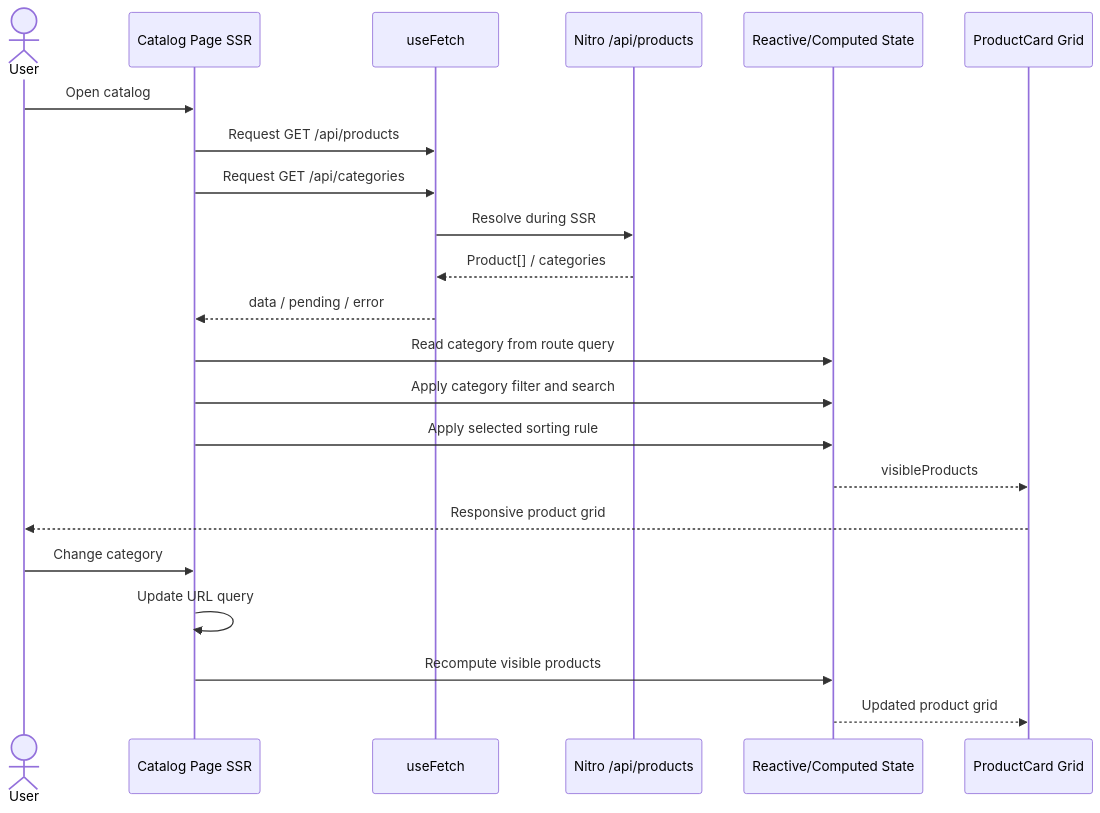
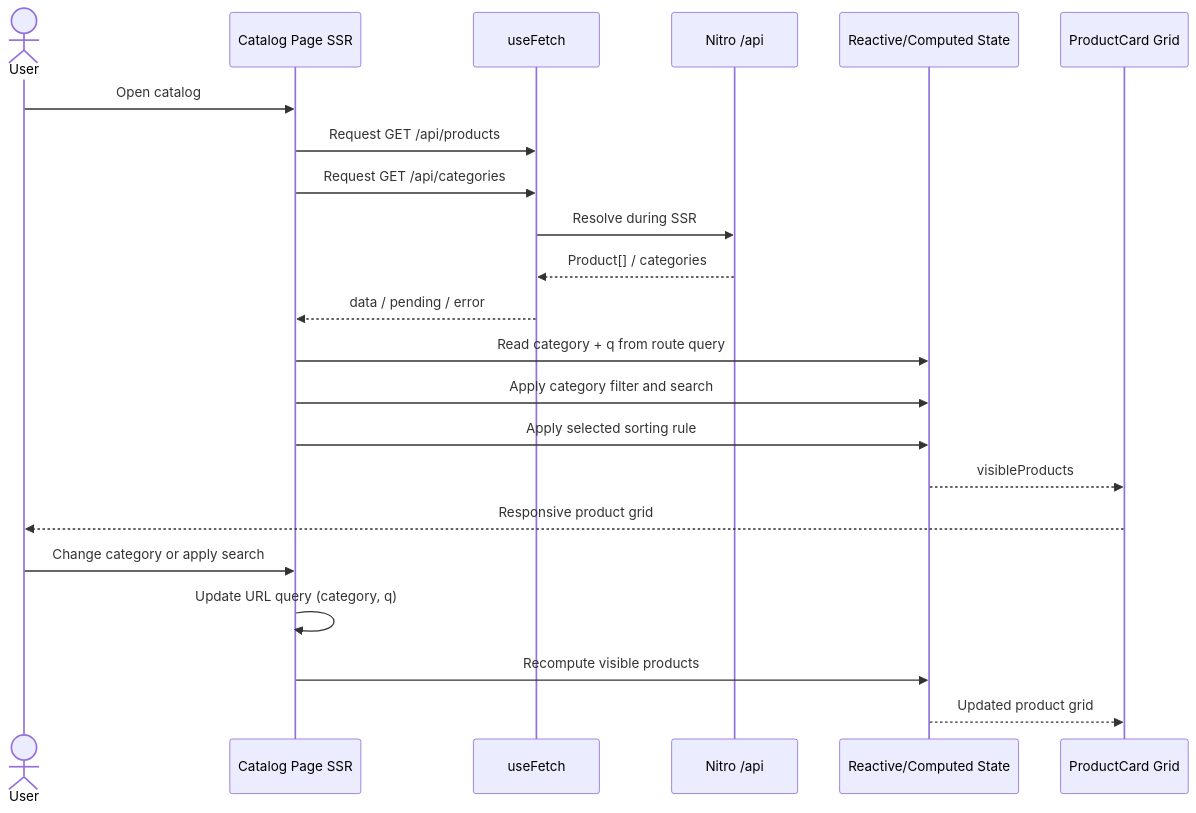
One commit to mohetios/nuxt-commerce-demo changed the second of 5 diagrams in README.md. Above: the diagram before and after it, drawn with Mermaid. The commit also changed other lines of this file, not shown here.

````diff
--- a/README.md
+++ b/README.md
@@ -192,27 +199,27 @@
 ```mermaid
 sequenceDiagram
     actor User
     participant Page as Catalog Page SSR
     participant Nuxt as useFetch
-    participant API as Nitro /api/products
+    participant API as Nitro /api
     participant State as Reactive/Computed State
     participant UI as ProductCard Grid
 
     User->>Page: Open catalog
     Page->>Nuxt: Request GET /api/products
     Page->>Nuxt: Request GET /api/categories
     Nuxt->>API: Resolve during SSR
     API-->>Nuxt: Product[] / categories
     Nuxt-->>Page: data / pending / error
 
-    Page->>State: Read category from route query
+    Page->>State: Read category + q from route query
     Page->>State: Apply category filter and search
     Page->>State: Apply selected sorting rule
     State-->>UI: visibleProducts
     UI-->>User: Responsive product grid
 
-    User->>Page: Change category
-    Page->>Page: Update URL query
+    User->>Page: Change category or apply search
+    Page->>Page: Update URL query (category, q)
     Page->>State: Recompute visible products
     State-->>UI: Updated product grid
 ```
````
